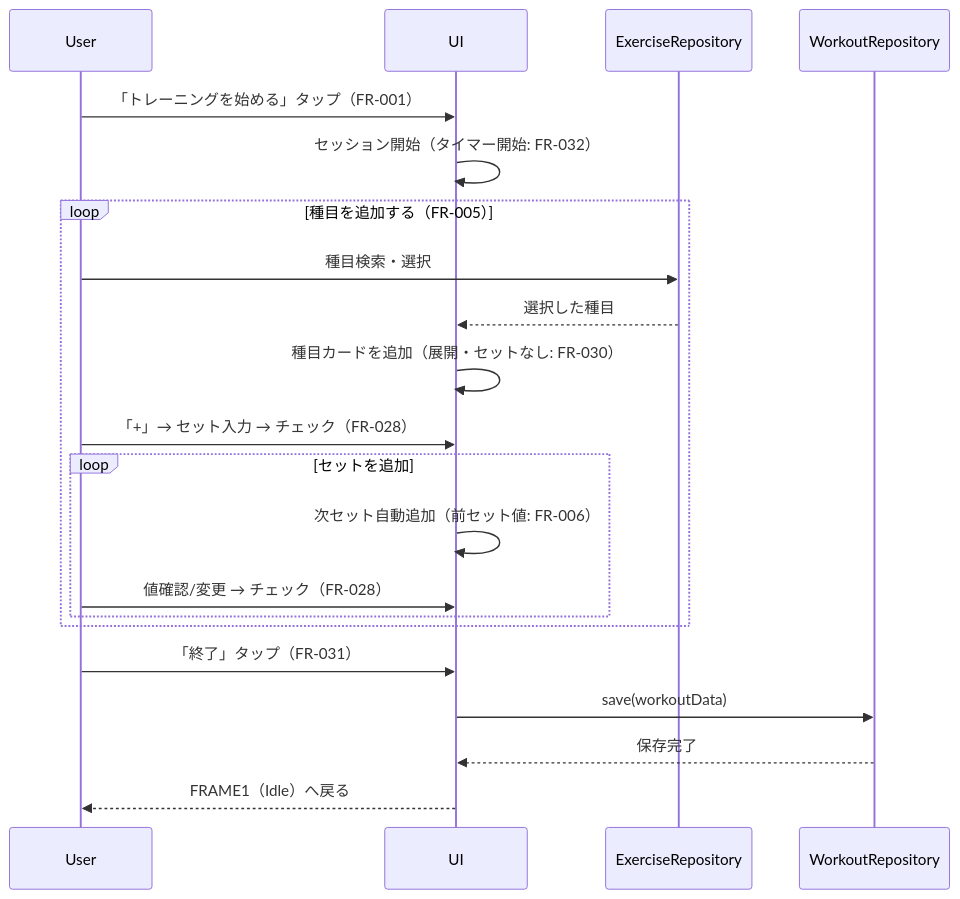
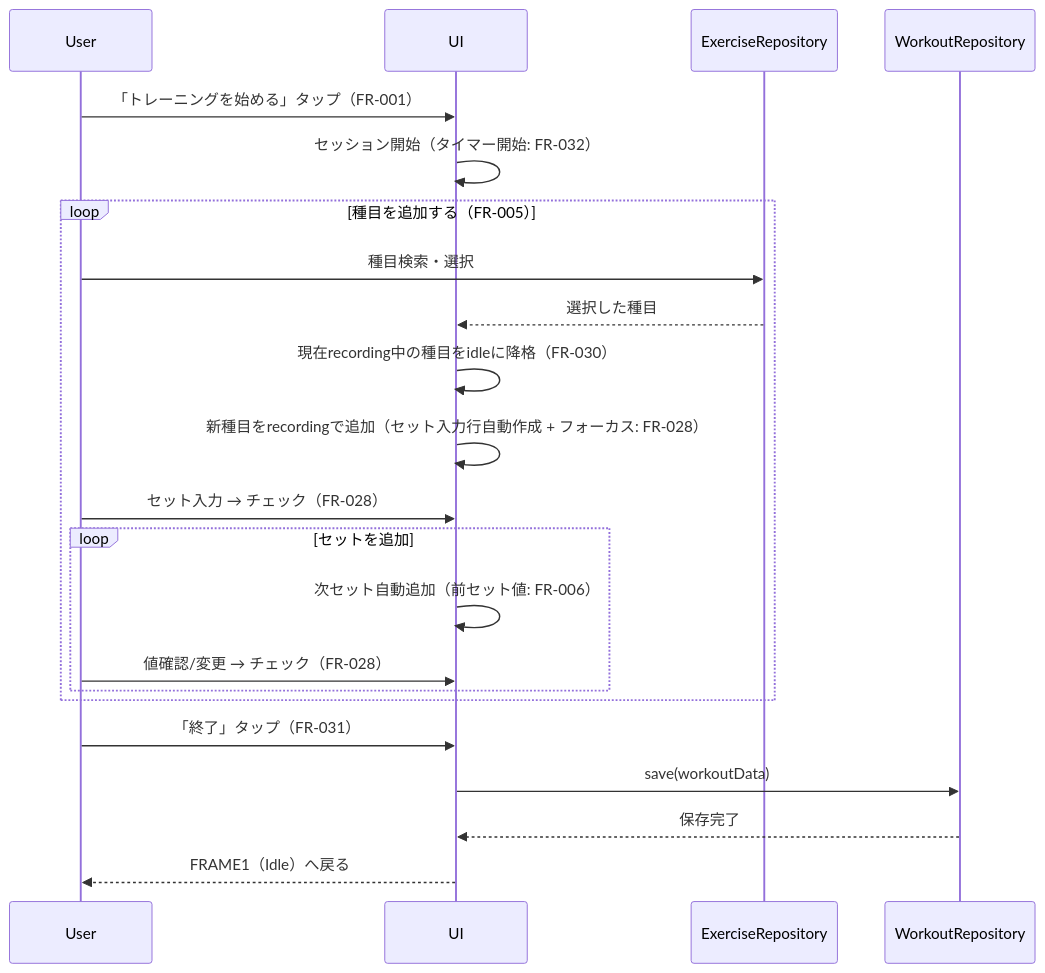
Before and after one commit to SakumaTakuya/gymini: the fourth of 4 diagrams in .sdd/specification/workout/index_spec.md, drawn with Mermaid. The commit also changed other lines of this file and 2 other files, not shown here.

First line of the commit message:
feat(prd/spec/design): 種目カード3状態モデル + セット入力行自動作成

````diff
--- a/.sdd/specification/workout/index_spec.md
+++ b/.sdd/specification/workout/index_spec.md
@@ -278,27 +275,28 @@
 ```mermaid
 sequenceDiagram
     participant User
     participant UI
     participant ExerciseRepository
     participant WorkoutRepository
 
     User->>UI: 「トレーニングを始める」タップ（FR-001）
     UI->>UI: セッション開始（タイマー開始: FR-032）
 
     loop 種目を追加する（FR-005）
         User->>ExerciseRepository: 種目検索・選択
         ExerciseRepository-->>UI: 選択した種目
-        UI->>UI: 種目カードを追加（展開・セットなし: FR-030）
+        UI->>UI: 現在recording中の種目をidleに降格（FR-030）
+        UI->>UI: 新種目をrecordingで追加（セット入力行自動作成 + フォーカス: FR-028）
 
-        User->>UI: 「+」→ セット入力 → チェック（FR-028）
+        User->>UI: セット入力 → チェック（FR-028）
         loop セットを追加
             UI->>UI: 次セット自動追加（前セット値: FR-006）
             User->>UI: 値確認/変更 → チェック（FR-028）
         end
     end
 
     User->>UI: 「終了」タップ（FR-031）
     UI->>WorkoutRepository: save(workoutData)
     WorkoutRepository-->>UI: 保存完了
     UI-->>User: FRAME1（Idle）へ戻る
 ```
````
